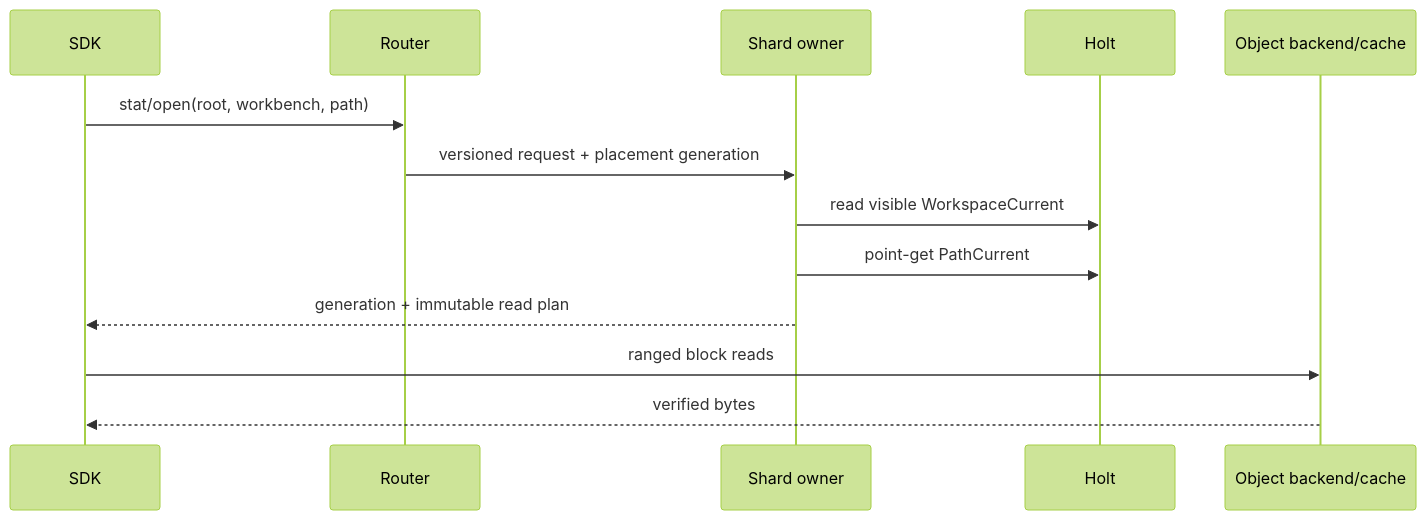
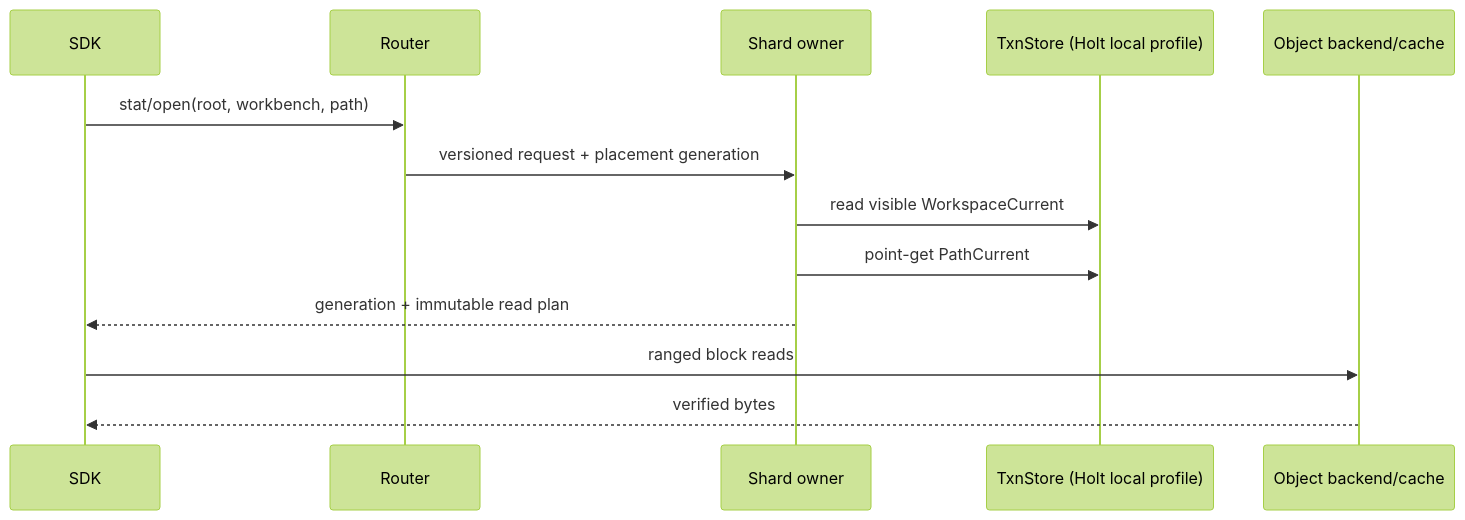
Before and after one commit to NoKV-Lab/NoKV: the third of 5 diagrams in docs/architecture.md, drawn with Mermaid (forest theme). The commit also changed other lines of this file and 55 other files, not shown here.

First line of the commit message:
refactor(meta): route workspace metadata through TxnStore

````diff
--- a/docs/architecture.md
+++ b/docs/architecture.md
@@ -111,16 +117,16 @@
 ```mermaid
 sequenceDiagram
     participant C as SDK
     participant R as Router
     participant M as Shard owner
-    participant H as Holt
+    participant S as TxnStore (Holt local profile)
     participant O as Object backend/cache
 
     C->>R: stat/open(root, workbench, path)
     R->>M: versioned request + placement generation
-    M->>H: read visible WorkspaceCurrent
-    M->>H: point-get PathCurrent
+    M->>S: read visible WorkspaceCurrent
+    M->>S: point-get PathCurrent
     M-->>C: generation + immutable read plan
     C->>O: ranged block reads
     O-->>C: verified bytes
 ```
````
